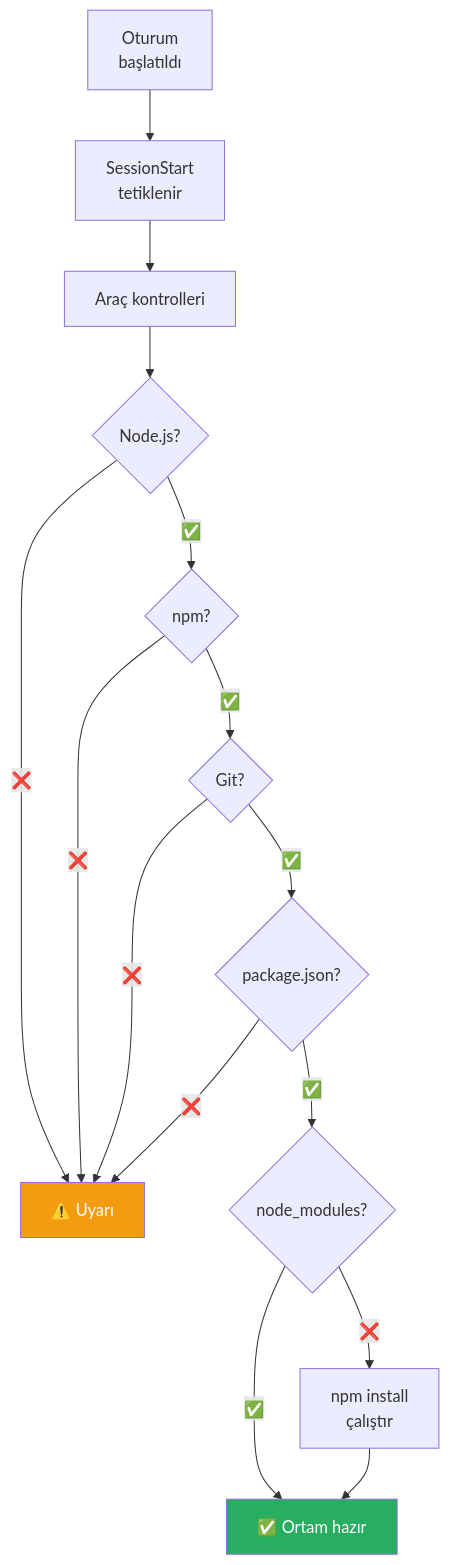
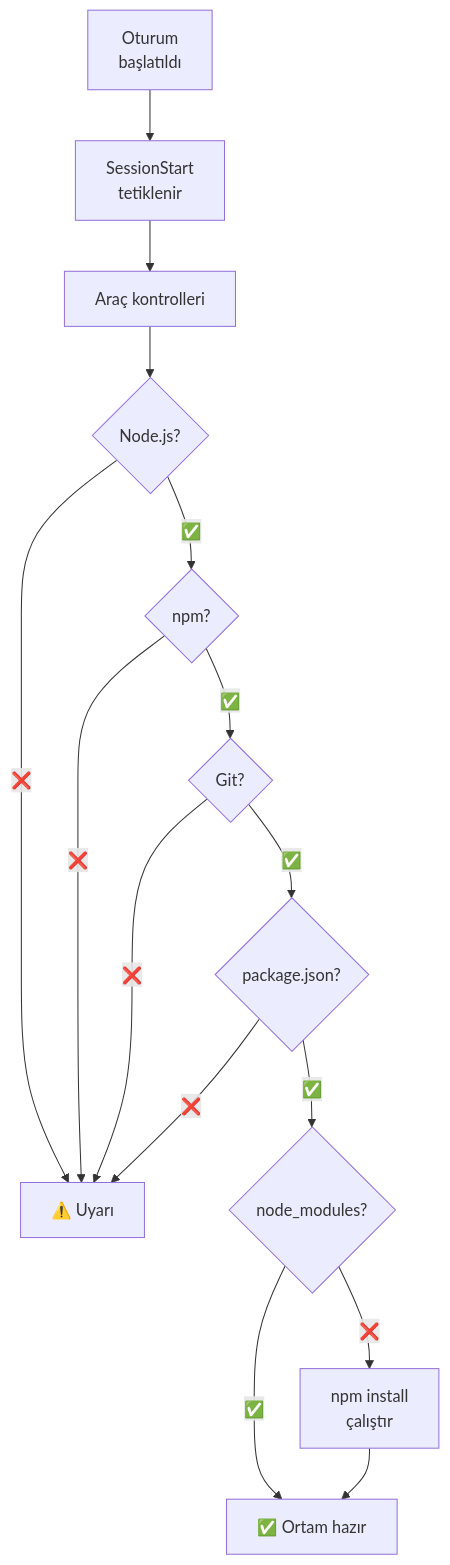
Before and after one commit to IzzetYasinAtes/ClaudeCodeHandbook: the eighth of 9 diagrams in 14-hooks-ve-otomasyon/05-hook-ornekleri-ve-tarifler.md, drawn with Mermaid. The commit also changed other lines of this file and 97 other files, not shown here.

Commit message:
Remove all custom Mermaid style/fill colors from 98 markdown files for consistent dark theme rendering

````diff
--- a/14-hooks-ve-otomasyon/05-hook-ornekleri-ve-tarifler.md
+++ b/14-hooks-ve-otomasyon/05-hook-ornekleri-ve-tarifler.md
@@ -524,20 +503,18 @@
 ```mermaid
 flowchart TD
     A["Oturum<br/>başlatıldı"] --> B["SessionStart<br/>tetiklenir"]
     B --> C["Araç kontrolleri"]
     C --> D{"Node.js?"}
     D -->|✅| E{"npm?"}
     D -->|❌| WARN["⚠️ Uyarı"]
     E -->|✅| F{"Git?"}
     E -->|❌| WARN
     F -->|✅| G{"package.json?"}
     F -->|❌| WARN
     G -->|✅| H{"node_modules?"}
     G -->|❌| WARN
     H -->|✅| OK["✅ Ortam hazır"]
     H -->|❌| INSTALL["npm install<br/>çalıştır"]
     INSTALL --> OK
 
-    style OK fill:#27AE60,color:#fff
-    style WARN fill:#F39C12,color:#fff
 ```
````
